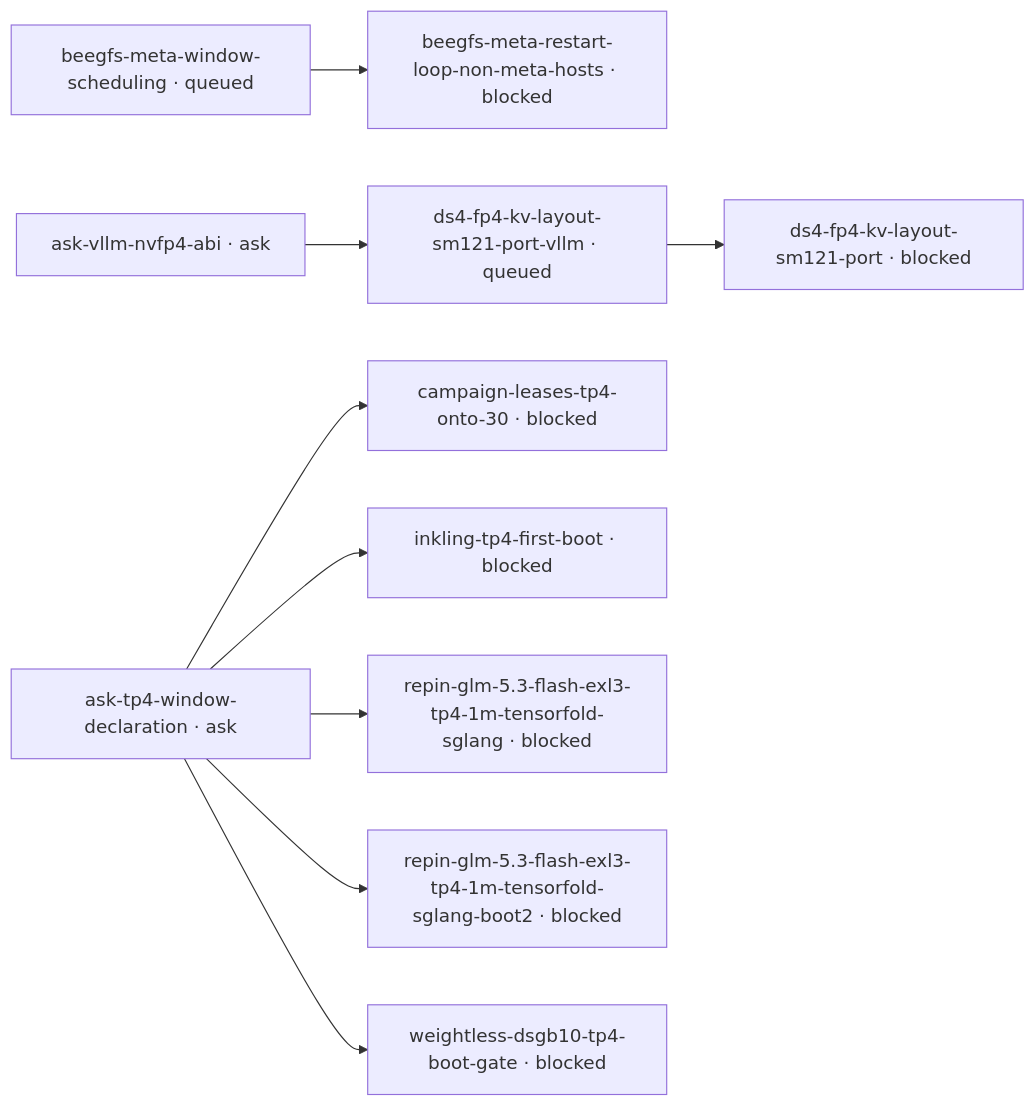
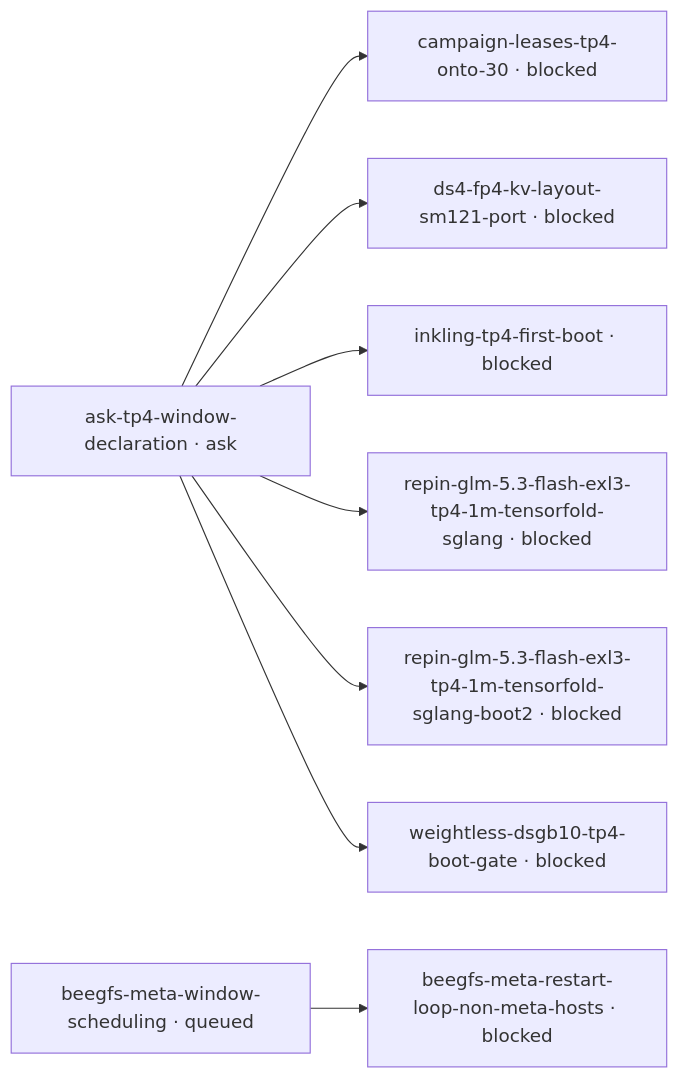
Before and after one commit to littlecedar/sparkrun-recipe-registry: the diagram in mad-science/STATUS.md, drawn with Mermaid. The commit also changed other lines of this file, not shown here.

````diff
--- a/mad-science/STATUS.md
+++ b/mad-science/STATUS.md
@@ -22,24 +22,21 @@
 ```mermaid
 flowchart LR
-  %% 7 blocked, 8 edges, 0 prose-gated, 12 rows not drawn (--all)
+  %% 7 blocked, 7 edges, 0 prose-gated, 13 rows not drawn (--all)
   t1["ask-tp4-window-declaration · ask"]
-  t2["ask-vllm-nvfp4-abi · ask"]
-  t3["beegfs-meta-restart-loop-non-meta-hosts · blocked"]
-  t4["beegfs-meta-window-scheduling · queued"]
-  t5["campaign-leases-tp4-onto-30 · blocked"]
-  t6["ds4-fp4-kv-layout-sm121-port · blocked"]
-  t7["ds4-fp4-kv-layout-sm121-port-vllm · queued"]
-  t8["inkling-tp4-first-boot · blocked"]
-  t9["repin-glm-5.3-flash-exl3-tp4-1m-tensorfold-sglang · blocked"]
-  t10["repin-glm-5.3-flash-exl3-tp4-1m-tensorfold-sglang-boot2 · blocked"]
-  t11["weightless-dsgb10-tp4-boot-gate · blocked"]
+  t2["beegfs-meta-restart-loop-non-meta-hosts · blocked"]
+  t3["beegfs-meta-window-scheduling · queued"]
+  t4["campaign-leases-tp4-onto-30 · blocked"]
+  t5["ds4-fp4-kv-layout-sm121-port · blocked"]
+  t6["inkling-tp4-first-boot · blocked"]
+  t7["repin-glm-5.3-flash-exl3-tp4-1m-tensorfold-sglang · blocked"]
+  t8["repin-glm-5.3-flash-exl3-tp4-1m-tensorfold-sglang-boot2 · blocked"]
+  t9["weightless-dsgb10-tp4-boot-gate · blocked"]
+  t1 --> t4
   t1 --> t5
+  t1 --> t6
+  t1 --> t7
   t1 --> t8
   t1 --> t9
-  t1 --> t10
-  t1 --> t11
-  t2 --> t7
-  t4 --> t3
-  t7 --> t6
+  t3 --> t2
   classDef no-recorded-edge stroke-dasharray: 4 3
 ```
````
